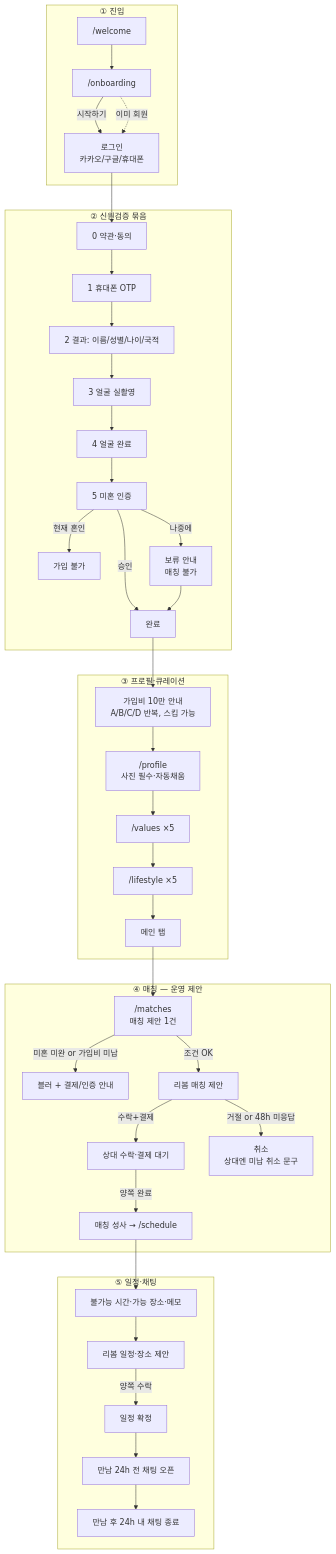
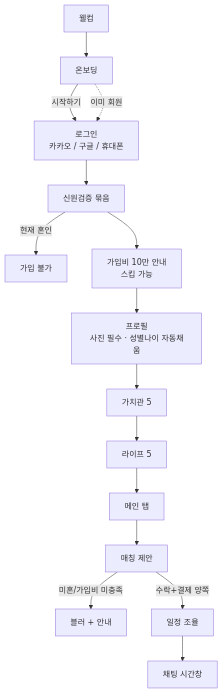
Before and after one commit to youjinni11/rebom-app: the first of 6 diagrams in docs/FLOWCHART.md, drawn with Mermaid. The commit also changed other lines of this file and 3 other files, not shown here.

First line of the commit message:
문서: GitHub용 플로우차트·프레임워크 확정본 정리

````diff
--- a/docs/FLOWCHART.md
+++ b/docs/FLOWCHART.md
@@ -57,46 +35,17 @@
 ```mermaid
 flowchart TD
-  subgraph Entry["① 진입"]
-    W["/welcome"] --> O["/onboarding"]
-    O -->|시작하기| AUTH["로그인<br/>카카오/구글/휴대폰"]
-    O -.->|이미 회원| AUTH
-  end
-
-  subgraph Verify["② 신원검증 묶음"]
-    AUTH --> V0["0 약관·동의"]
-    V0 --> V1["1 휴대폰 OTP"]
-    V1 --> V2["2 결과: 이름/성별/나이/국적"]
-    V2 --> V3["3 얼굴 실촬영"]
-    V3 --> V4["4 얼굴 완료"]
-    V4 --> V5["5 미혼 인증"]
-    V5 -->|승인| V7["완료"]
-    V5 -->|현재 혼인| BLOCK["가입 불가"]
-    V5 -->|나중에| V6["보류 안내<br/>매칭 불가"]
-    V6 --> V7
-  end
-
-  subgraph Setup["③ 프로필·큐레이션"]
-    V7 --> FEE["가입비 10만 안내<br/>A/B/C/D 반복, 스킵 가능"]
-    FEE --> P["/profile<br/>사진 필수·자동채움"]
-    P --> VAL["/values ×5"]
-    VAL --> LIFE["/lifestyle ×5"]
-    LIFE --> MAIN["메인 탭"]
-  end
-
-  subgraph Match["④ 매칭 — 운영 제안"]
-    MAIN --> M["/matches<br/>매칭 제안 1건"]
-    M -->|미혼 미완 or 가입비 미납| BLUR["블러 + 결제/인증 안내"]
-    M -->|조건 OK| PROP["리봄 매칭 제안"]
-    PROP -->|수락+결제| WAIT["상대 수락·결제 대기"]
-    PROP -->|거절 or 48h 미응답| CANCEL["취소<br/>상대엔 미납 취소 문구"]
-    WAIT -->|양쪽 완료| PAIRED["매칭 성사 → /schedule"]
-  end
-
-  subgraph Sched["⑤ 일정·채팅"]
-    PAIRED --> AVAIL["불가능 시간·가능 장소·메모"]
-    AVAIL --> OPS["리봄 일정·장소 제안"]
-    OPS -->|양쪽 수락| CONF["일정 확정"]
-    CONF --> CHAT["만남 24h 전 채팅 오픈"]
-    CHAT --> CLOSE["만남 후 24h 내 채팅 종료"]
-  end
+  W[웰컴] --> O[온보딩]
+  O -->|시작하기| L[로그인<br/>카카오 / 구글 / 휴대폰]
+  O -.->|이미 회원| L
+  L --> V[신원검증 묶음]
+  V -->|현재 혼인| X[가입 불가]
+  V --> F[가입비 10만 안내<br/>스킵 가능]
+  F --> P[프로필<br/>사진 필수 · 성별나이 자동채움]
+  P --> VAL[가치관 5]
+  VAL --> LIFE[라이프 5]
+  LIFE --> MAIN[메인 탭]
+  MAIN --> M[매칭 제안]
+  M -->|미혼/가입비 미충족| BLUR[블러 + 안내]
+  M -->|수락+결제 양쪽| S[일정 조율]
+  S --> C[채팅 시간창]
 ```
````
